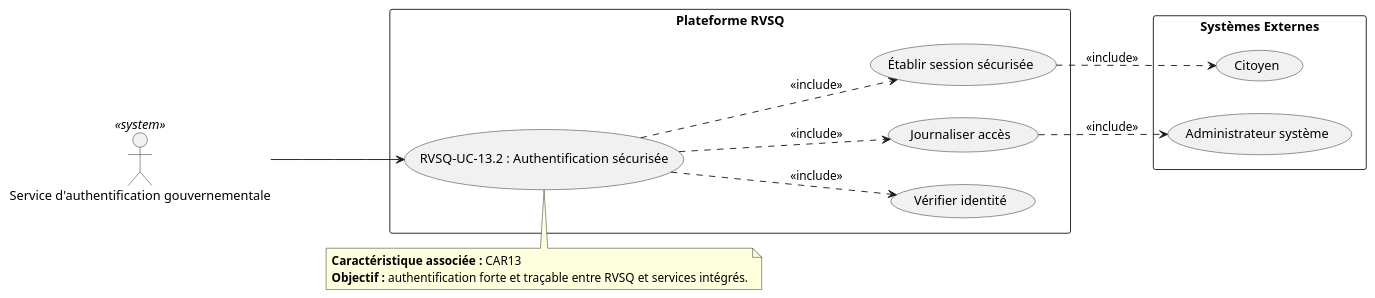
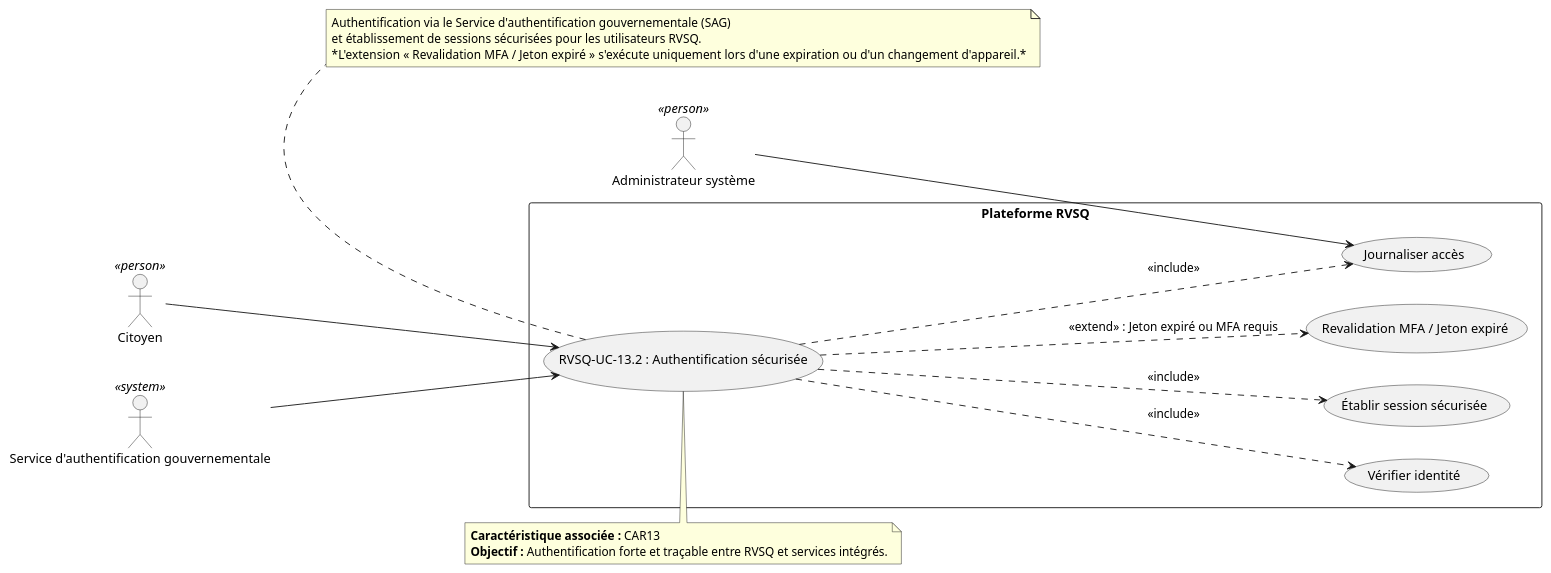
The diagram in RVSQ-UC-13_2_Authentification_Securisee.puml (serghino/use-cases-RVSQ), drawn with PlantUML before and after one commit. The commit also changed 23 other files, not shown here.

Commit message:
fix(B04,B06,B09): fix .md structure and add excludes when applicable to the diagrams

```diff
--- a/RVSQ-UC-13_2_Authentification_Securisee.puml
+++ b/RVSQ-UC-13_2_Authentification_Securisee.puml
@@ -1,30 +1,41 @@
 @startuml RVSQ-UC-13_2_Authentification_Securisee
 left to right direction
 
+' --- Acteurs humains
+actor "Citoyen" as Citoyen <<person>>
+actor "Administrateur système" as Admin <<person>>
+
+' --- Acteur système externe
 actor "Service d'authentification gouvernementale" as SAG <<system>>
 
 rectangle "Plateforme RVSQ" {
   usecase "RVSQ-UC-13.2 : Authentification sécurisée" as UC132
   usecase "Vérifier identité" as UC132_A
   usecase "Établir session sécurisée" as UC132_B
   usecase "Journaliser accès" as UC132_C
-}
-
-rectangle "Systèmes Externes" {
-  usecase "Administrateur système" as Admin
-  usecase "Citoyen" as Citoyen
+  usecase "Revalidation MFA / Jeton expiré" as UC132_D
 }
 
 SAG --> UC132
+Citoyen --> UC132
+Admin --> UC132_C
+
+' --- Inclusions principales
 UC132 ..> UC132_A : <<include>>
 UC132 ..> UC132_B : <<include>>
 UC132 ..> UC132_C : <<include>>
 
-UC132_B ..> Citoyen : <<include>>
-UC132_C ..> Admin : <<include>>
+' --- Extension conditionnelle
+UC132 ..> UC132_D : <<extend>> : Jeton expiré ou MFA requis
 
 note top of UC132
-  **Caractéristique associée :** CAR13  
-  **Objectif :** authentification forte et traçable entre RVSQ et services intégrés.
+  **Caractéristique associée :** CAR13
+  **Objectif :** Authentification forte et traçable entre RVSQ et services intégrés.
+end note
+
+note bottom of UC132
+  Authentification via le Service d'authentification gouvernementale (SAG)
+  et établissement de sessions sécurisées pour les utilisateurs RVSQ.
+  *L'extension « Revalidation MFA / Jeton expiré » s'exécute uniquement lors d'une expiration ou d'un changement d'appareil.*
 end note
 @enduml
```
